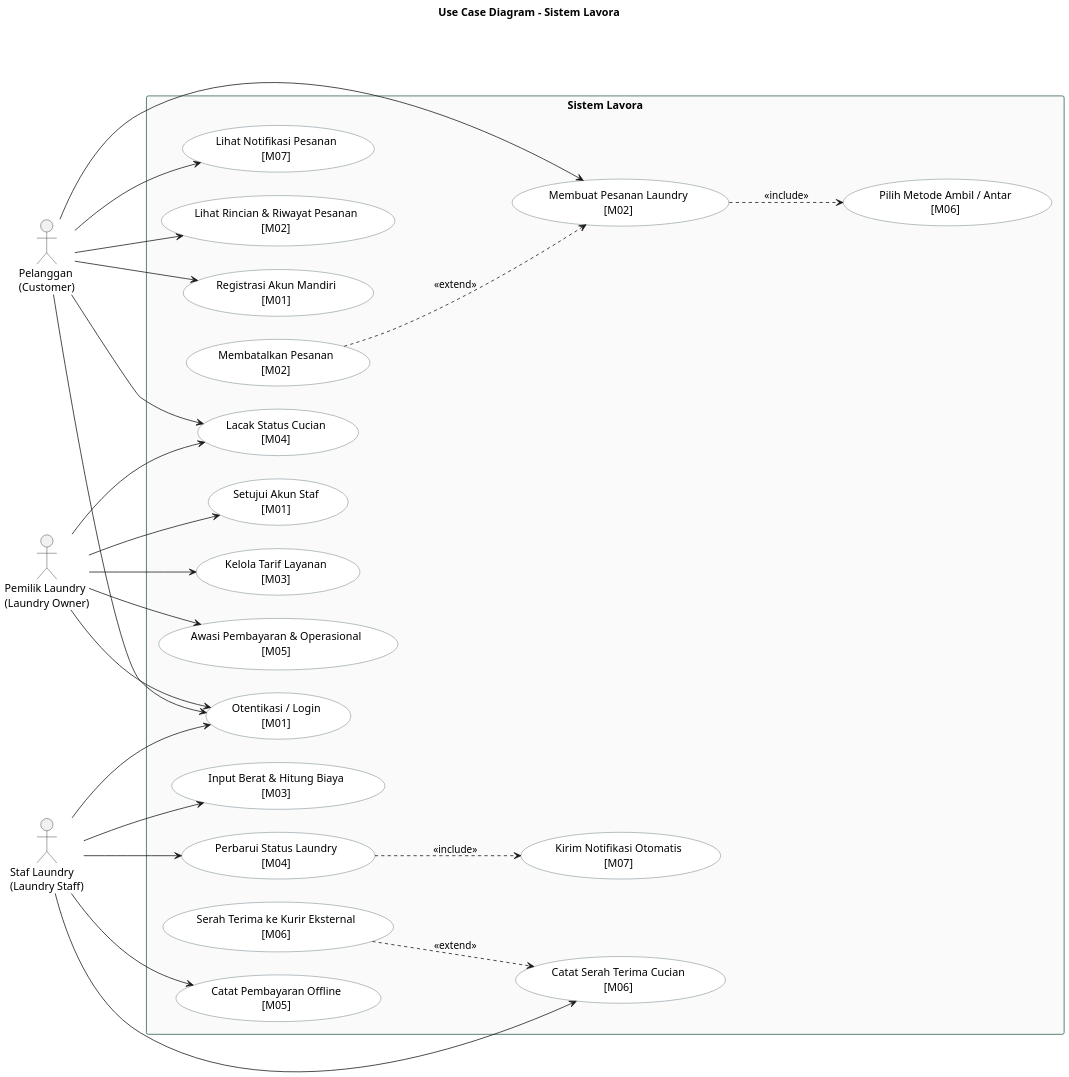
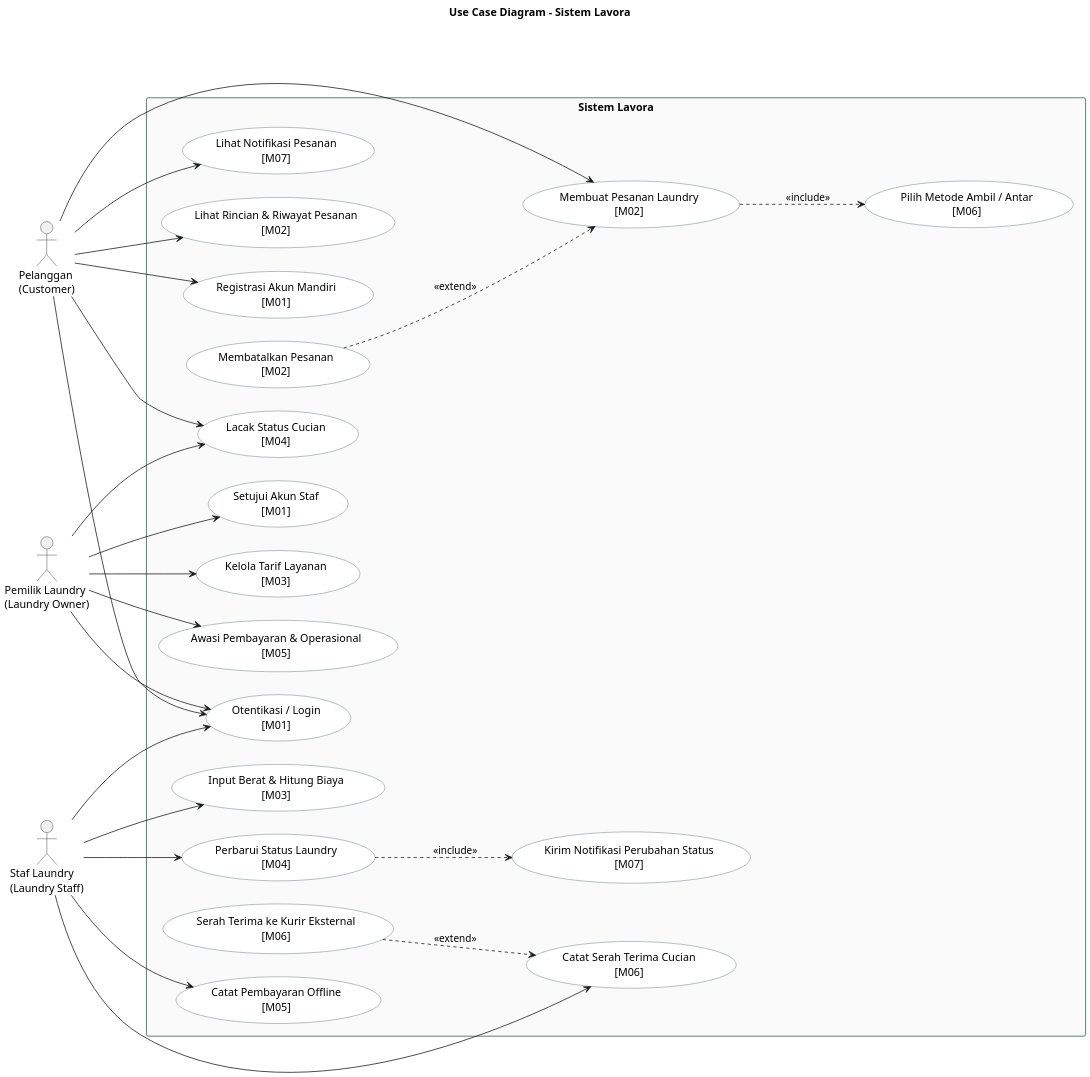
Before and after one commit to AryaPanji-VA/Lavora: the diagram in docs/diagrams/Use Case Diagram/use case lavora.puml, drawn with PlantUML.

Commit message:
Update use case lavora.puml

```diff
--- a/docs/diagrams/Use Case Diagram/use case lavora.puml
+++ b/docs/diagrams/Use Case Diagram/use case lavora.puml
@@ -1,78 +1,78 @@
 @startuml
 title Use Case Diagram - Sistem Lavora
 
 left to right direction
 skinparam dpi 160
 skinparam defaultFontName Arial
 skinparam shadowing false
 skinparam nodesep 30
 skinparam ranksep 90
 skinparam usecase {
   BackgroundColor #FFFFFF
   BorderColor #455A64
 }
 skinparam rectangle {
   BackgroundColor #FAFAFA
   BorderColor #2E5E4E
 }
 
 actor "Pelanggan\n(Customer)" as Pel
 actor "Staf Laundry\n(Laundry Staff)" as Staf
 actor "Pemilik Laundry\n(Laundry Owner)" as Pem
 
 rectangle "Sistem Lavora" {
   usecase "Registrasi Akun Mandiri\n[M01]" as UC1
   usecase "Otentikasi / Login\n[M01]" as UC2
   usecase "Setujui Akun Staf\n[M01]" as UC14
 
   usecase "Membuat Pesanan Laundry\n[M02]" as UC3
   usecase "Membatalkan Pesanan\n[M02]" as UC16
   usecase "Lihat Rincian & Riwayat Pesanan\n[M02]" as UC5
 
   usecase "Input Berat & Hitung Biaya\n[M03]" as UC8
   usecase "Kelola Tarif Layanan\n[M03]" as UC13
 
   usecase "Lacak Status Cucian\n[M04]" as UC6
   usecase "Perbarui Status Laundry\n[M04]" as UC9
 
   usecase "Catat Pembayaran Offline\n[M05]" as UC11
   usecase "Awasi Pembayaran & Operasional\n[M05]" as UC15
 
   usecase "Pilih Metode Ambil / Antar\n[M06]" as UC4
   usecase "Catat Serah Terima Cucian\n[M06]" as UC12
   usecase "Serah Terima ke Kurir Eksternal\n[M06]" as UC17
 
   usecase "Lihat Notifikasi Pesanan\n[M07]" as UC7
-  usecase "Kirim Notifikasi Otomatis\n[M07]" as UC10
+  usecase "Kirim Notifikasi Perubahan Status\n[M07]" as UC10
 }
 
 ' Pelanggan
 Pel --> UC1
 Pel --> UC2
 Pel --> UC3
 Pel --> UC5
 Pel --> UC6
 Pel --> UC7
 
 ' Staf Laundry
 Staf --> UC2
 Staf --> UC8
 Staf --> UC9
 Staf --> UC11
 Staf --> UC12
 
 ' Pemilik Laundry
 Pem --> UC2
 Pem --> UC6
 Pem --> UC13
 Pem --> UC14
 Pem --> UC15
 
 ' Relasi include
 UC3 ..> UC4 : <<include>>
 UC9 ..> UC10 : <<include>>
 
 ' Relasi extend (dari use case tambahan ke use case utama)
 UC16 ..> UC3 : <<extend>>
 UC17 ..> UC12 : <<extend>>
 @enduml
```
